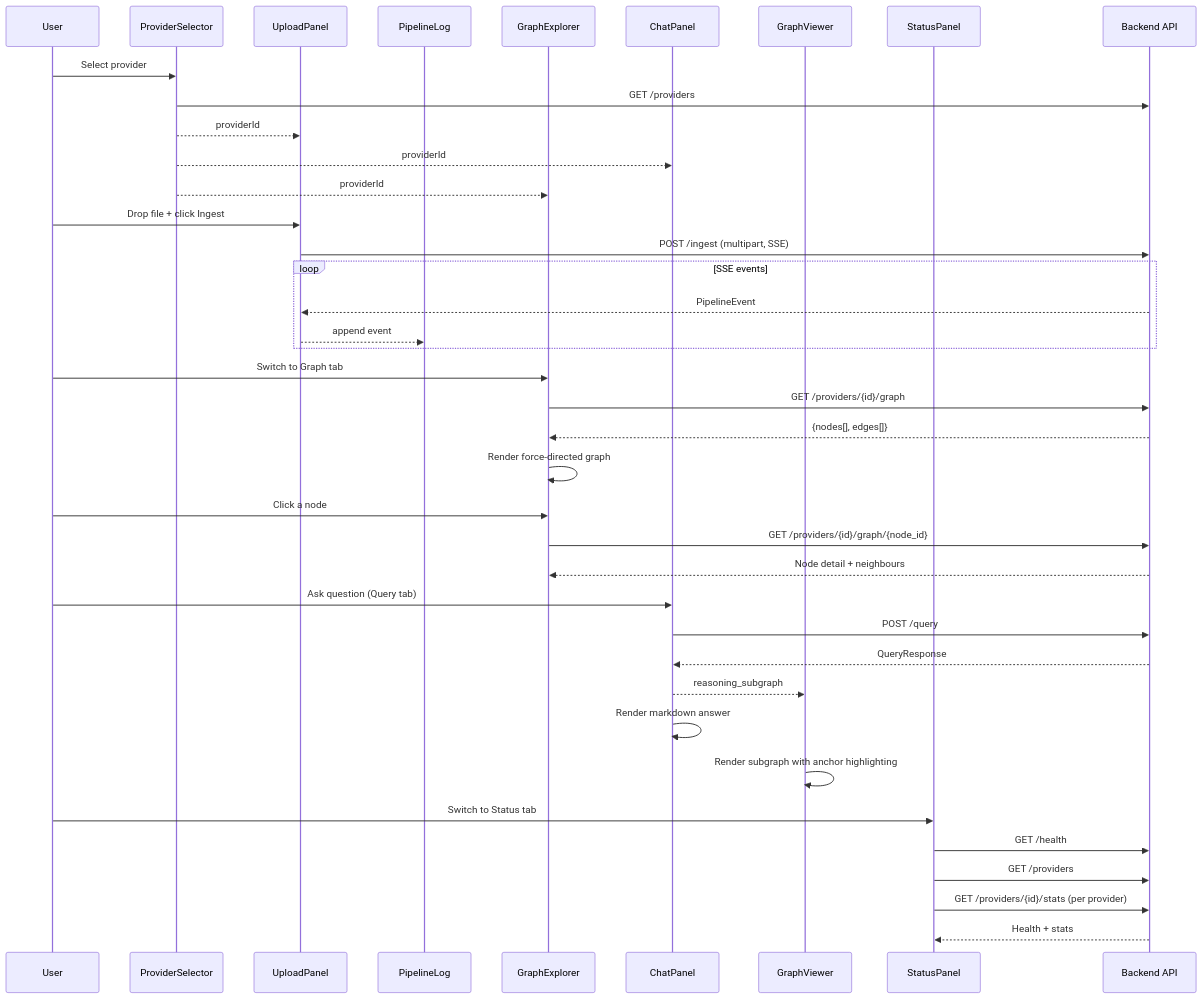
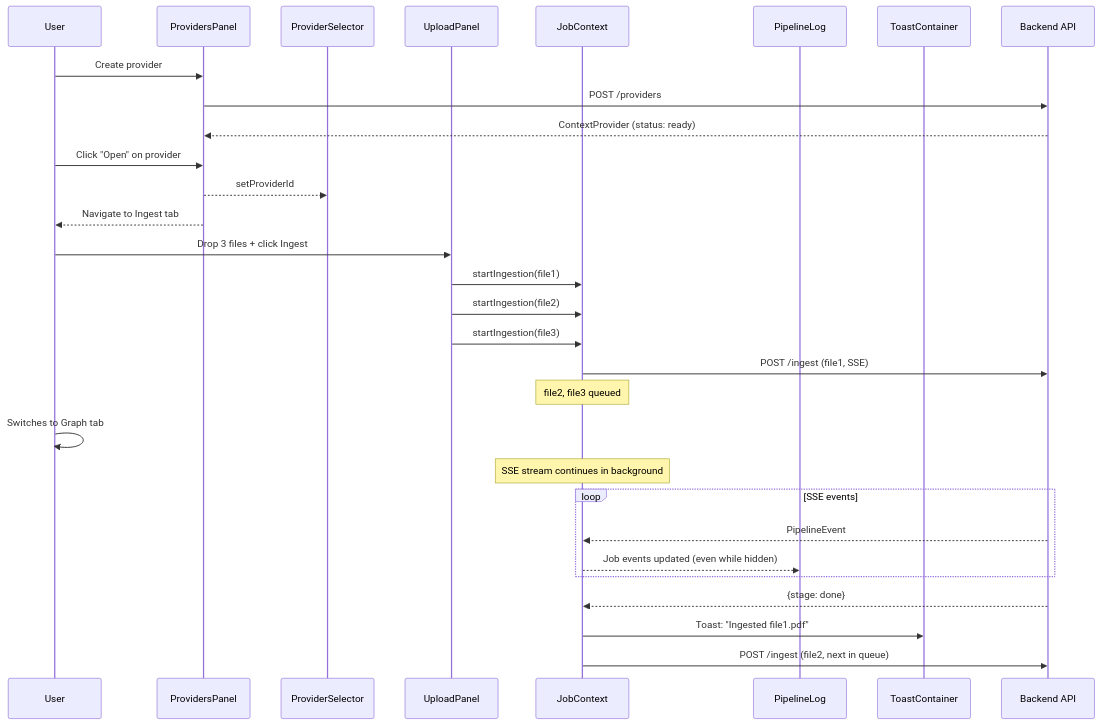
One commit to rashwin88/trident-demo changed the diagram in docs/frontend.md. Above: the diagram before and after it, drawn with Mermaid. The commit also changed other lines of this file and 41 other files, not shown here.

````diff
--- a/docs/frontend.md
+++ b/docs/frontend.md
@@ -68,46 +68,39 @@
 ```mermaid
 sequenceDiagram
     participant U as User
+    participant PP as ProvidersPanel
     participant PS as ProviderSelector
     participant UP as UploadPanel
+    participant JC as JobContext
     participant PL as PipelineLog
-    participant GE as GraphExplorer
-    participant CP as ChatPanel
-    participant GV as GraphViewer
-    participant SP as StatusPanel
+    participant TC as ToastContainer
     participant API as Backend API
 
-    U->>PS: Select provider
-    PS->>API: GET /providers
-    PS-->>UP: providerId
-    PS-->>CP: providerId
-    PS-->>GE: providerId
+    U->>PP: Create provider
+    PP->>API: POST /providers
+    API-->>PP: ContextProvider (status: ready)
 
-    U->>UP: Drop file + click Ingest
-    UP->>API: POST /ingest (multipart, SSE)
+    U->>PP: Click "Open" on provider
+    PP-->>PS: setProviderId
+    PP-->>U: Navigate to Ingest tab
+
+    U->>UP: Drop 3 files + click Ingest
+    UP->>JC: startIngestion(file1)
+    UP->>JC: startIngestion(file2)
+    UP->>JC: startIngestion(file3)
+
+    JC->>API: POST /ingest (file1, SSE)
+    Note over JC: file2, file3 queued
+
+    U->>U: Switches to Graph tab
+    Note over JC: SSE stream continues in background
+
     loop SSE events
-        API-->>UP: PipelineEvent
-        UP-->>PL: append event
+        API-->>JC: PipelineEvent
+        JC-->>PL: Job events updated (even while hidden)
     end
 
-    U->>GE: Switch to Graph tab
-    GE->>API: GET /providers/{id}/graph
-    API-->>GE: {nodes[], edges[]}
-    GE->>GE: Render force-directed graph
-    U->>GE: Click a node
-    GE->>API: GET /providers/{id}/graph/{node_id}
-    API-->>GE: Node detail + neighbours
-
-    U->>CP: Ask question (Query tab)
-    CP->>API: POST /query
-    API-->>CP: QueryResponse
-    CP-->>GV: reasoning_subgraph
-    CP->>CP: Render markdown answer
-    GV->>GV: Render subgraph with anchor highlighting
-
-    U->>SP: Switch to Status tab
-    SP->>API: GET /health
-    SP->>API: GET /providers
-    SP->>API: GET /providers/{id}/stats (per provider)
-    API-->>SP: Health + stats
+    API-->>JC: {stage: done}
+    JC->>TC: Toast: "Ingested file1.pdf"
+    JC->>API: POST /ingest (file2, next in queue)
 ```
````
